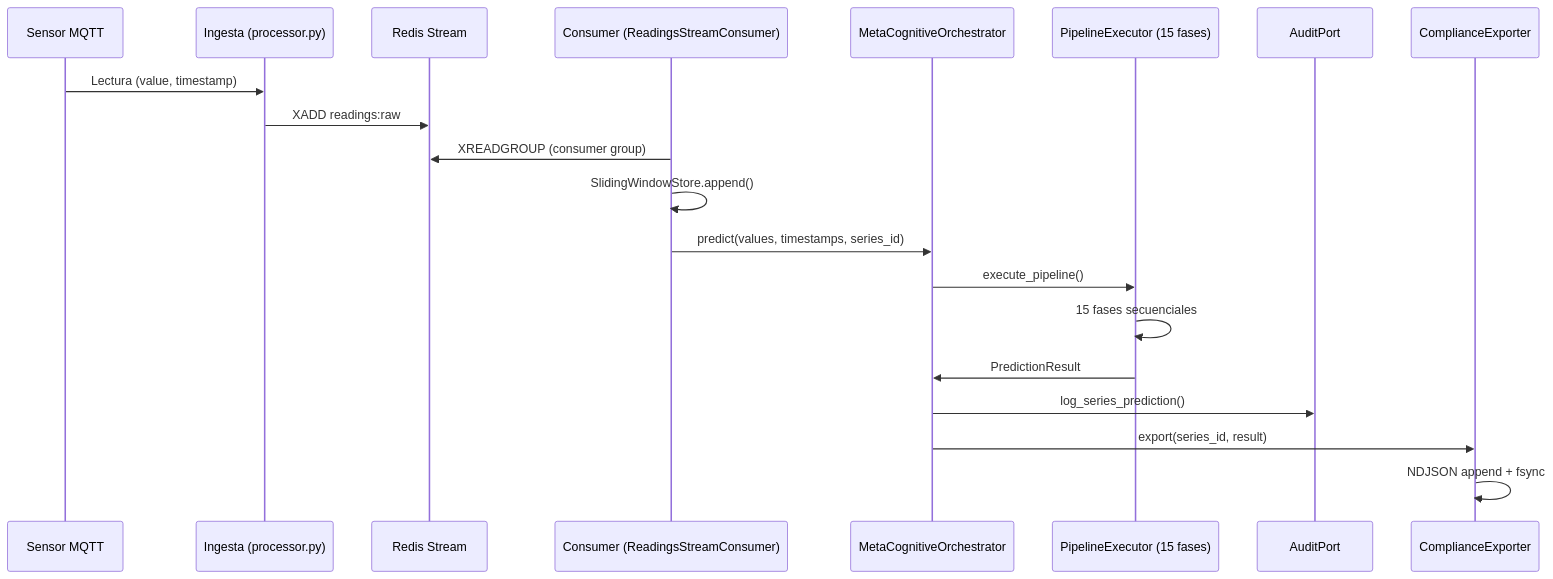
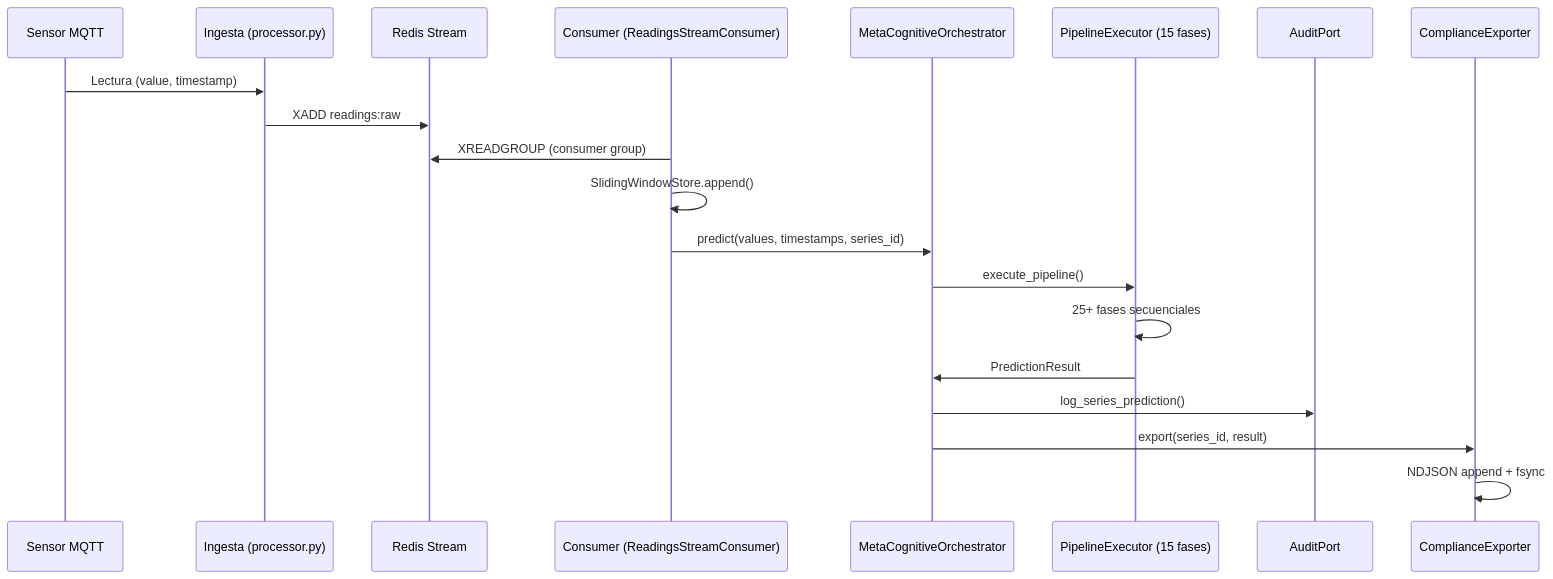
The third of 3 diagrams in docs/architecture.md (SNPL-glicth/iot_machine_learning), drawn with Mermaid before and after one commit. The commit also changed other lines of this file and 17 other files, not shown here.

````diff
--- a/docs/architecture.md
+++ b/docs/architecture.md
@@ -123,23 +133,23 @@
 ```mermaid
 sequenceDiagram
     participant S as Sensor MQTT
     participant I as Ingesta (processor.py)
     participant R as Redis Stream
     participant C as Consumer (ReadingsStreamConsumer)
     participant O as MetaCognitiveOrchestrator
     participant P as PipelineExecutor (15 fases)
     participant A as AuditPort
     participant E as ComplianceExporter
 
     S->>I: Lectura (value, timestamp)
     I->>R: XADD readings:raw
     C->>R: XREADGROUP (consumer group)
     C->>C: SlidingWindowStore.append()
     C->>O: predict(values, timestamps, series_id)
     O->>P: execute_pipeline()
-    P->>P: 15 fases secuenciales
+    P->>P: 25+ fases secuenciales
     P->>O: PredictionResult
     O->>A: log_series_prediction()
     O->>E: export(series_id, result)
     E->>E: NDJSON append + fsync
 ```
````
